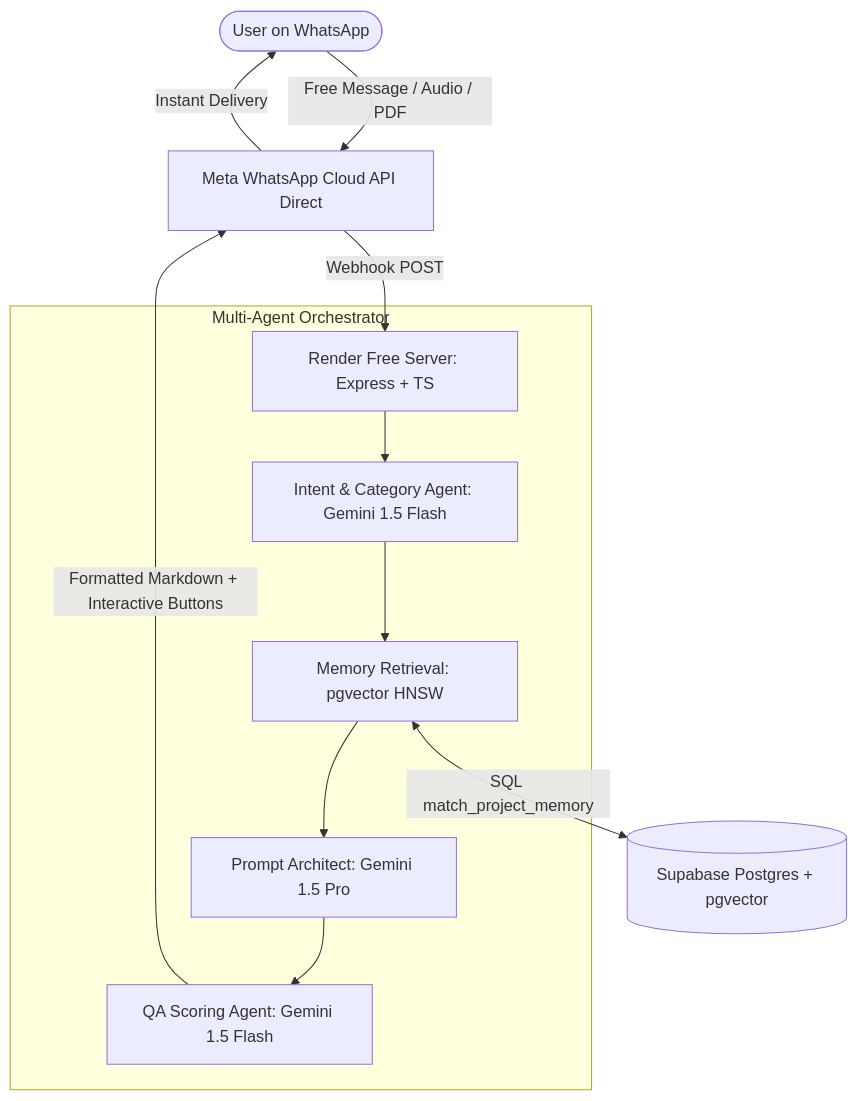
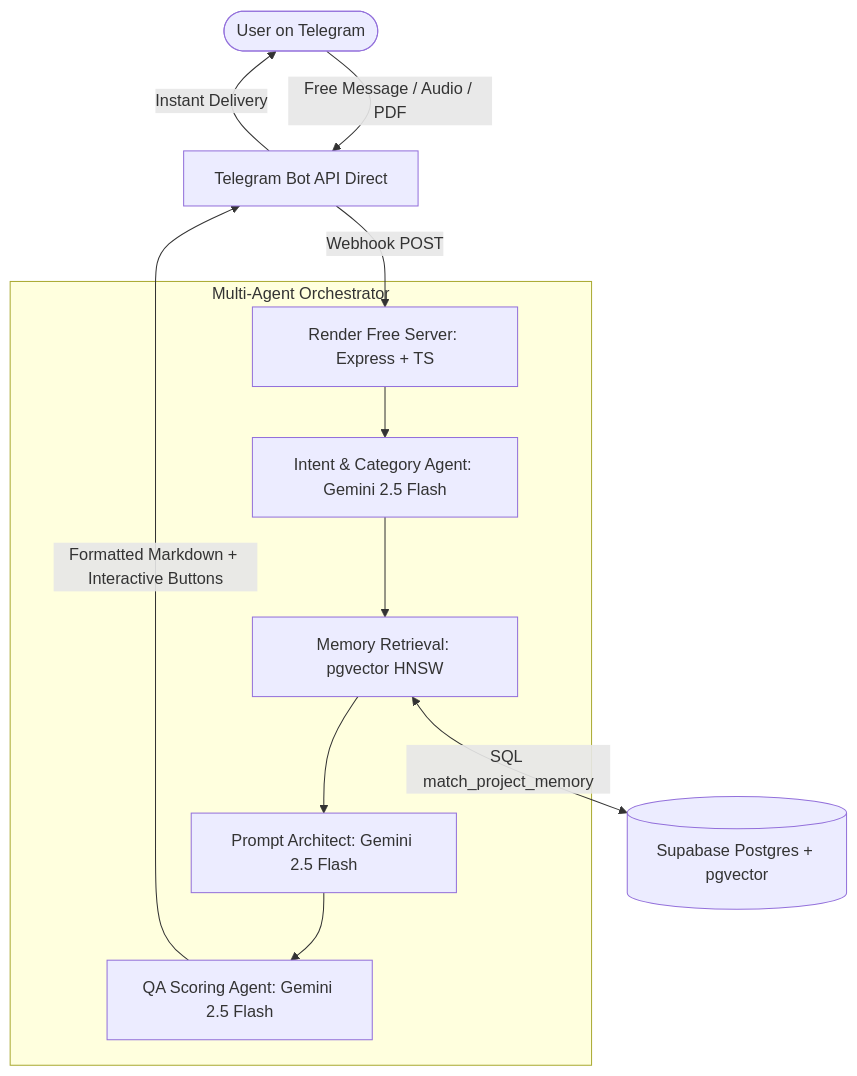
Before and after one commit to Shivansh-3010/PromptPilot: the diagram in README.md, drawn with Mermaid. The commit also changed other lines of this file, not shown here.

````diff
--- a/README.md
+++ b/README.md
@@ -36,16 +36,16 @@
 ```mermaid
 graph TD
-    User([User on WhatsApp]) -->|Free Message / Audio / PDF| WA_API[Meta WhatsApp Cloud API Direct]
+    User([User on Telegram]) -->|Free Message / Audio / PDF| WA_API[Telegram Bot API Direct]
     WA_API -->|Webhook POST| Render[Render Free Server: Express + TS]
     
     subgraph Multi-Agent Orchestrator
-        Render --> IntentAgent[Intent & Category Agent: Gemini 1.5 Flash]
+        Render --> IntentAgent[Intent & Category Agent: Gemini 2.5 Flash]
         IntentAgent --> MemoryService[Memory Retrieval: pgvector HNSW]
-        MemoryService --> GenAgent[Prompt Architect: Gemini 1.5 Pro]
-        GenAgent --> ScoreAgent[QA Scoring Agent: Gemini 1.5 Flash]
+        MemoryService --> GenAgent[Prompt Architect: Gemini 2.5 Flash]
+        GenAgent --> ScoreAgent[QA Scoring Agent: Gemini 2.5 Flash]
     end
     
     MemoryService <-->|SQL match_project_memory| Supabase[(Supabase Postgres + pgvector)]
     ScoreAgent -->|Formatted Markdown + Interactive Buttons| WA_API
     WA_API -->|Instant Delivery| User
 ```
````
